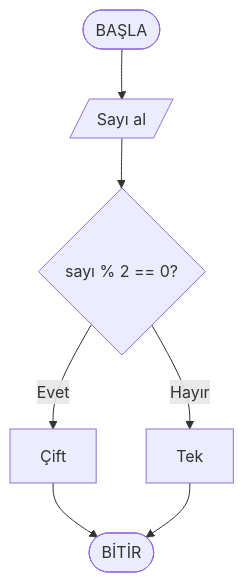
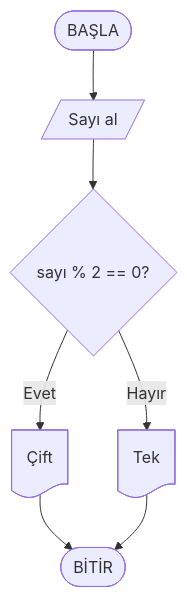
Before and after one commit to ibrahimayaz/Algoritma-ve-Programlamaya-Giris-2025: the second of 10 diagrams in Hafta02/ders_icerik.md, drawn with Mermaid. The commit also changed other lines of this file and 18 other files, not shown here.

````diff
--- a/Hafta02/ders_icerik.md
+++ b/Hafta02/ders_icerik.md
@@ -440,6 +388,6 @@
 ```mermaid
 flowchart TD
   start([BAŞLA]) --> input[/Sayı al/] --> dec{sayı % 2 == 0?}
-  dec -- Evet --> even[Çift] --> endNode([BİTİR])
-  dec -- Hayır --> odd[Tek] --> endNode
+  dec -- Evet --> even@{ shape: doc, label: "Çift" } --> endNode([BİTİR])
+  dec -- Hayır --> odd@{ shape: doc, label: "Tek" } --> endNode
 ```
````
